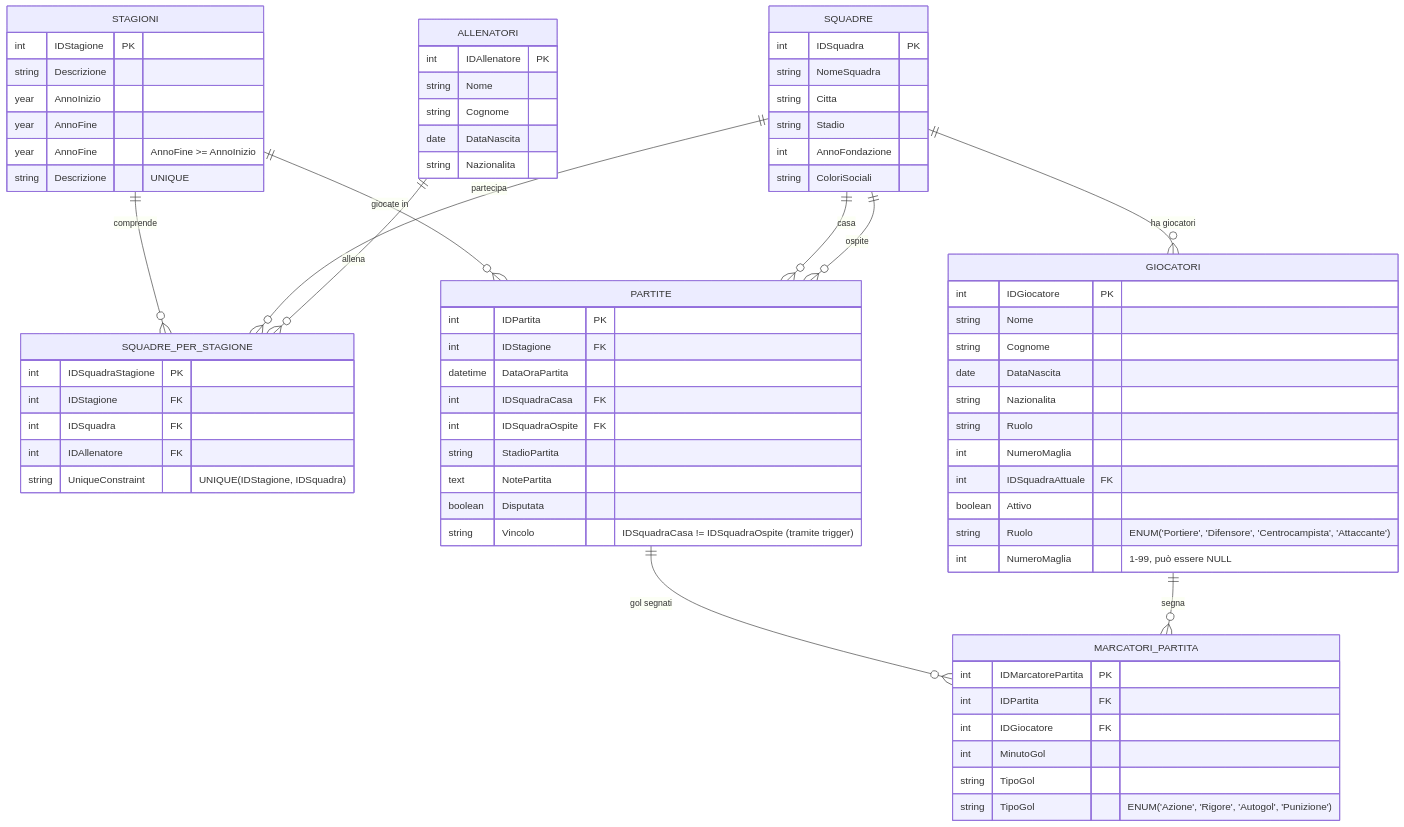
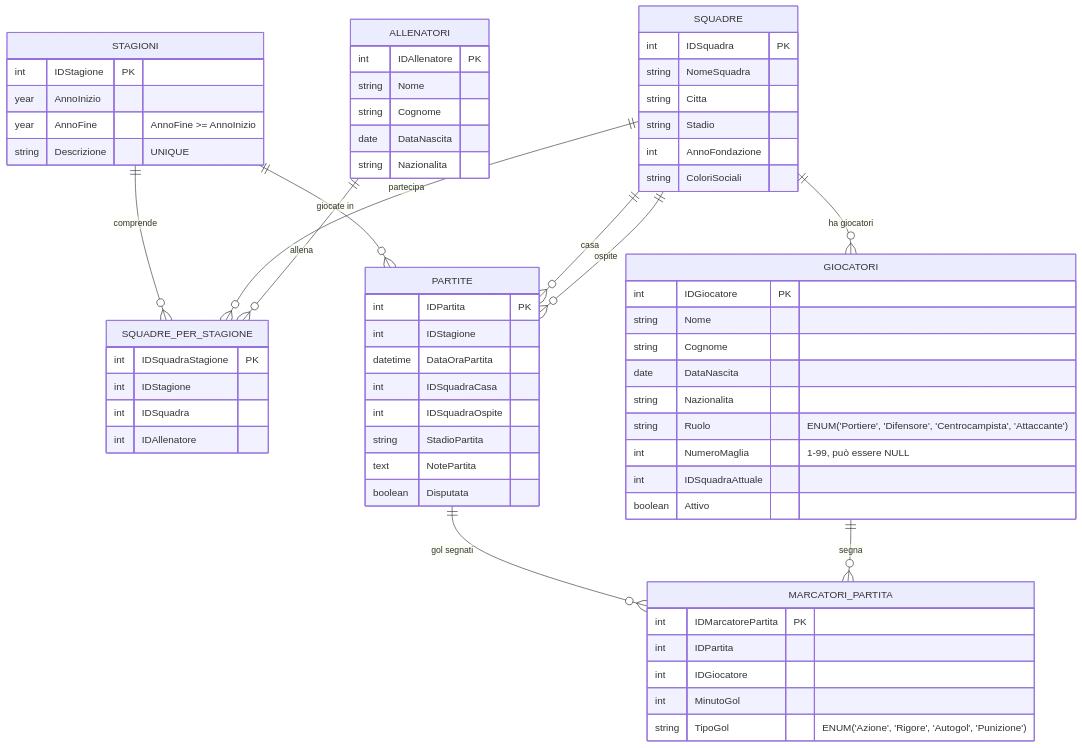
The diagram in sql/sql-docs/sql-cumulative-exercize-3/index.md (GreppiDev/Info5IA2425WebDev), drawn with Mermaid before and after one commit. The commit also changed other lines of this file and 2 other files, not shown here.

Commit message:
Piccoli cambiamenti editoriali ai mermaid

````diff
--- a/sql/sql-docs/sql-cumulative-exercize-3/index.md
+++ b/sql/sql-docs/sql-cumulative-exercize-3/index.md
@@ -44,9 +44,9 @@
 erDiagram
     STAGIONI {
         int IDStagione PK
-        string Descrizione
         year AnnoInizio
-        year AnnoFine
+        year AnnoFine "AnnoFine >= AnnoInizio"
+        string Descrizione "UNIQUE"
     }
     
     SQUADRE {
@@ -68,9 +68,9 @@
     
     SQUADRE_PER_STAGIONE {
         int IDSquadraStagione PK
-        int IDStagione FK
-        int IDSquadra FK
-        int IDAllenatore FK
+        int IDStagione
+        int IDSquadra
+        int IDAllenatore
     }
     
     GIOCATORI {
@@ -79,18 +79,18 @@
         string Cognome
         date DataNascita
         string Nazionalita
-        string Ruolo
-        int NumeroMaglia
-        int IDSquadraAttuale FK
+        string Ruolo "ENUM('Portiere', 'Difensore', 'Centrocampista', 'Attaccante')"
+        int NumeroMaglia "1-99, può essere NULL"
+        int IDSquadraAttuale
         boolean Attivo
     }
     
     PARTITE {
         int IDPartita PK
-        int IDStagione FK
+        int IDStagione
         datetime DataOraPartita
-        int IDSquadraCasa FK
-        int IDSquadraOspite FK
+        int IDSquadraCasa
+        int IDSquadraOspite
         string StadioPartita
         text NotePartita
         boolean Disputata
@@ -98,10 +98,10 @@
     
     MARCATORI_PARTITA {
         int IDMarcatorePartita PK
-        int IDPartita FK
-        int IDGiocatore FK
+        int IDPartita
+        int IDGiocatore
         int MinutoGol
-        string TipoGol
+        string TipoGol "ENUM('Azione', 'Rigore', 'Autogol', 'Punizione')"
     }
     
     %% Relazioni
@@ -115,26 +115,4 @@
     PARTITE ||--o{ MARCATORI_PARTITA : "gol segnati"
     GIOCATORI ||--o{ MARCATORI_PARTITA : "segna"
     
-    %% Note sui vincoli principali
-    GIOCATORI {
-        string Ruolo "ENUM('Portiere', 'Difensore', 'Centrocampista', 'Attaccante')"
-        int NumeroMaglia "1-99, può essere NULL"
-    }
-    
-    MARCATORI_PARTITA {
-        string TipoGol "ENUM('Azione', 'Rigore', 'Autogol', 'Punizione')"
-    }
-    
-    STAGIONI {
-        year AnnoFine "AnnoFine >= AnnoInizio"
-        string Descrizione "UNIQUE"
-    }
-    
-    SQUADRE_PER_STAGIONE {
-        string UniqueConstraint "UNIQUE(IDStagione, IDSquadra)"
-    }
-    
-    PARTITE {
-        string Vincolo "IDSquadraCasa != IDSquadraOspite (tramite trigger)"
-    }
 ```
````
